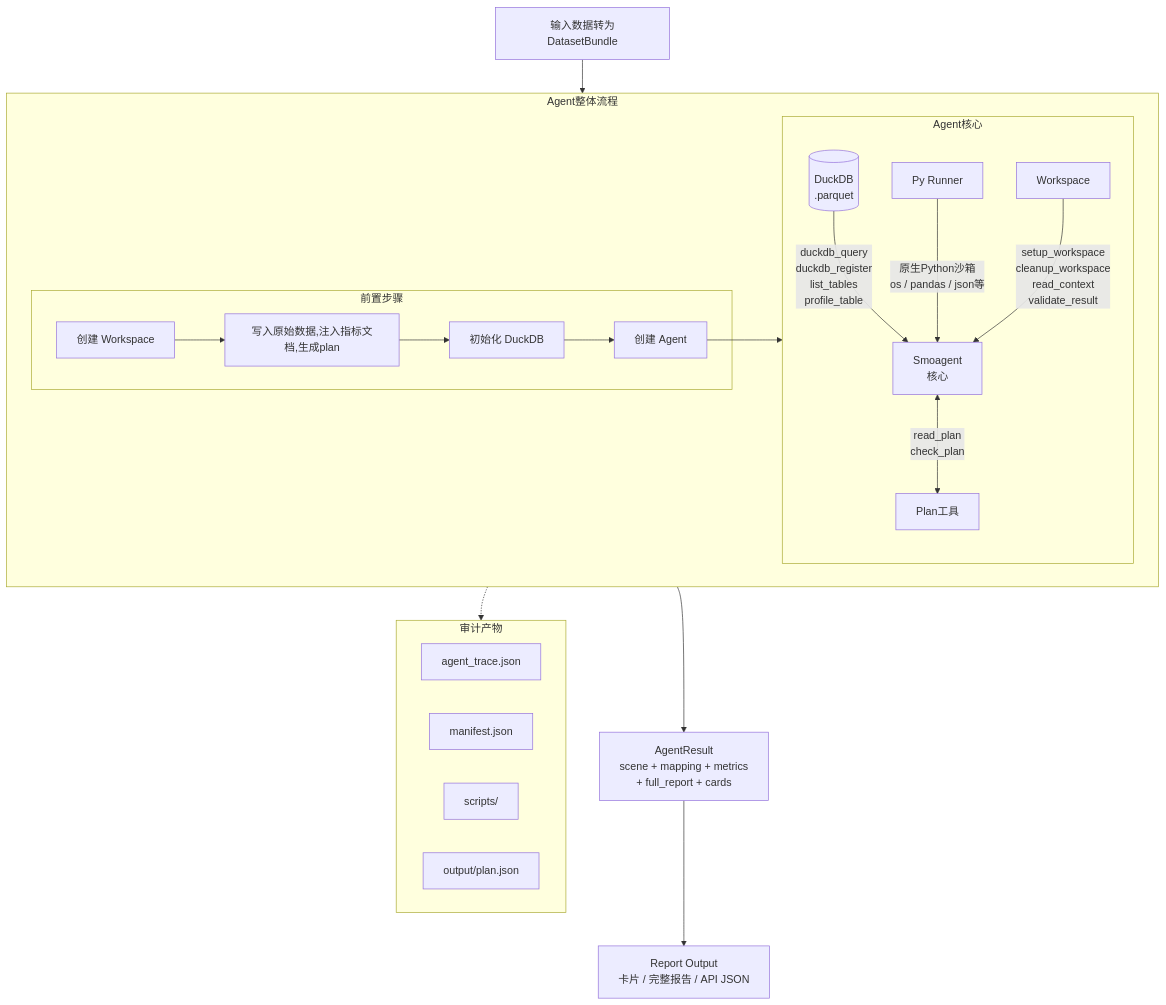
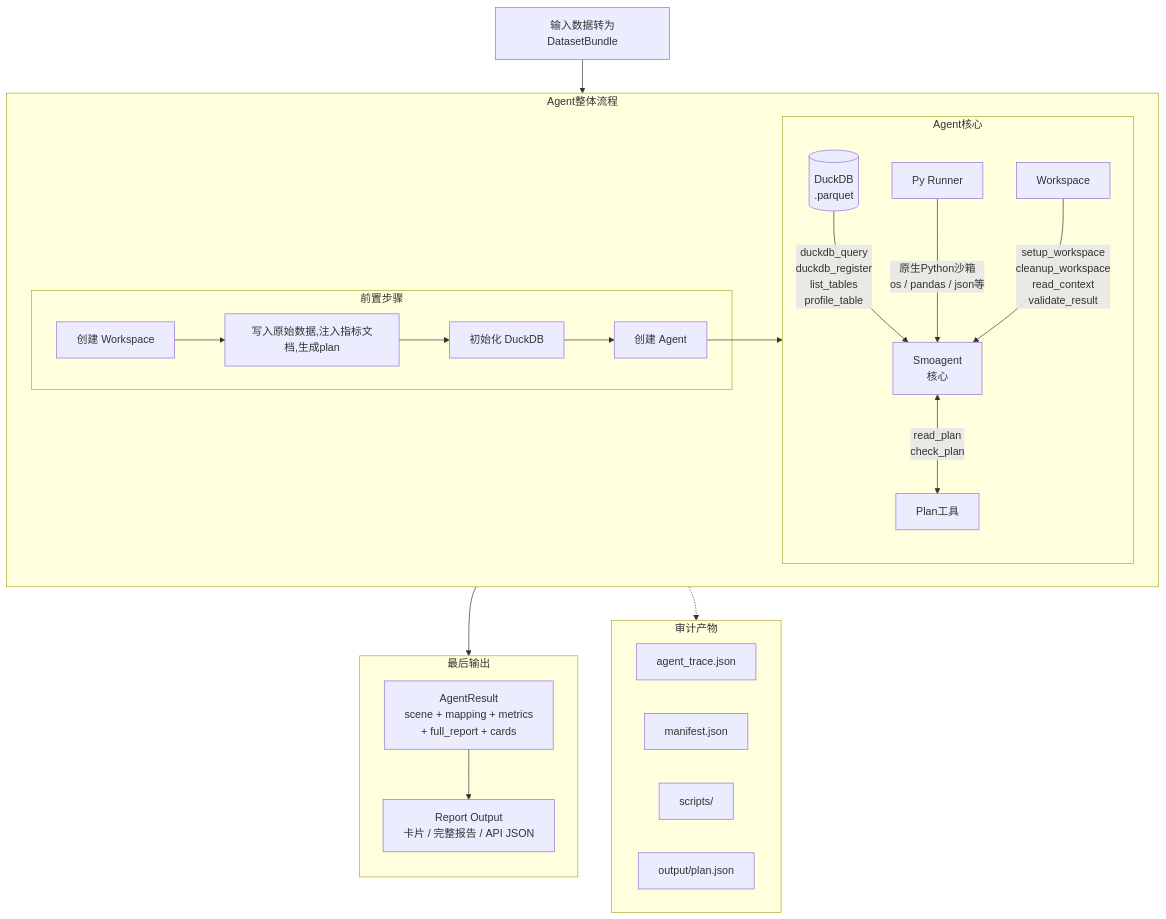
The first of 2 diagrams in docs/agent-poc/smolagents-codeagent-poc/架构设计.md (FuLuTang/AI-Store-Analysis-System), drawn with Mermaid before and after one commit. The commit also changed other lines of this file and 1 other file, not shown here.

Commit message:
docs: fix outdated refs in 架构设计.md(sequence+code) and agent-方案讨论.md(branch/workspace/flow)

````diff
--- a/docs/agent-poc/smolagents-codeagent-poc/架构设计.md
+++ b/docs/agent-poc/smolagents-codeagent-poc/架构设计.md
@@ -9,33 +9,35 @@
 ```mermaid
 flowchart TD
     A[输入数据转为DatasetBundle] --> pre1
     subgraph Agent整体流程
         direction LR
         subgraph 前置步骤
             pre1[创建 Workspace]
             pre2[写入原始数据,注入指标文档,生成plan]
             pre3[初始化 DuckDB]
             pre4[创建 Agent]
             pre1 --> pre2 --> pre3 --> pre4
         end
         pre4 --> Agent核心
         subgraph Agent核心
             db[(DuckDB<br/>.parquet)] --> |"duckdb_query<br/>duckdb_register<br/>list_tables<br/>profile_table"| sm
             py[Py Runner] --> |"原生Python沙箱<br/>os / pandas / json等"| sm
         ws[Workspace] --> |"setup_workspace<br/>cleanup_workspace<br/>read_context<br/>validate_result"| sm
         P[Plan工具]
         sm[Smoagent<br/>核心]
         sm <--> |"read_plan<br/>check_plan"| P
     end
     end
-    Agent核心 --> R[AgentResult<br/>scene + mapping + metrics<br/>+ full_report + cards]
-    R --> H[Report Output<br/>卡片 / 完整报告 / API JSON]
-
+    Agent核心 --> 最后输出
+    subgraph 最后输出
+        direction TB
+        R[AgentResult<br/>scene + mapping + metrics<br/>+ full_report + cards] --> H[Report Output<br/>卡片 / 完整报告 / API JSON]
+    end
     subgraph 审计产物
         T1[agent_trace.json]
         T2[manifest.json]
         T3[scripts/]
         T4[output/plan.json]
     end
     Agent核心 -.-> 审计产物
 ```
````
